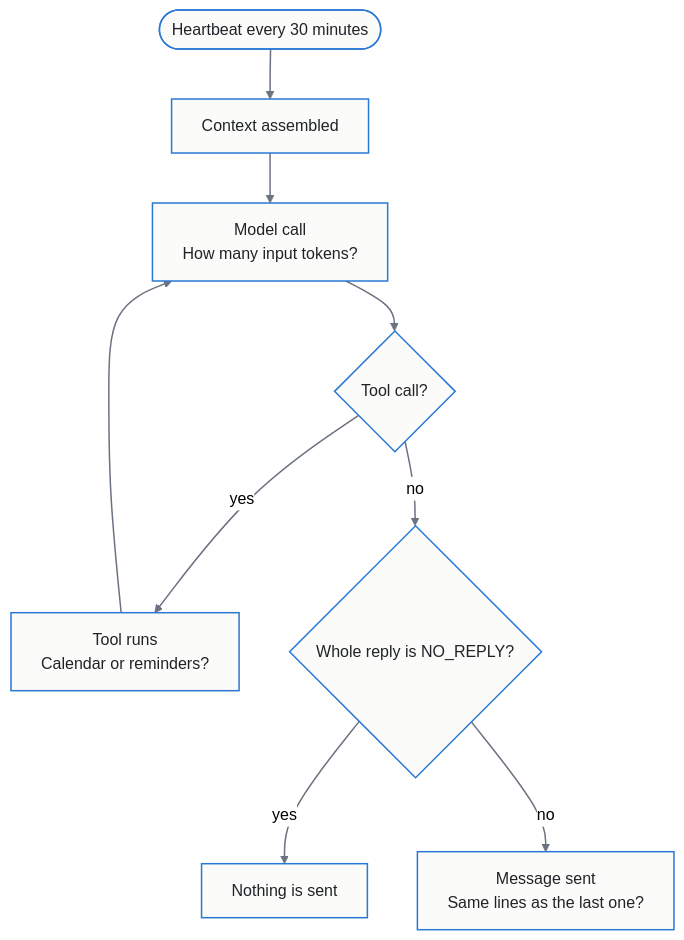
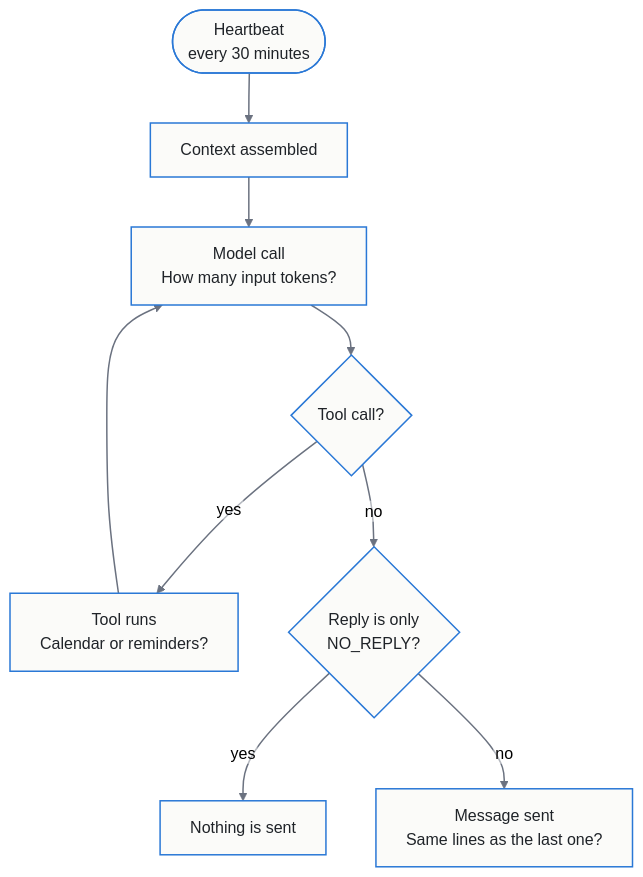
The third of 3 diagrams in README.md (tildahh/openclaw-analysis), drawn with Mermaid (neutral theme) before and after one commit. The commit also changed other lines of this file and 1 other file, not shown here.

First line of the commit message:
Break up dense sections and fix clipped diagram labels

````diff
--- a/README.md
+++ b/README.md
@@ -261,13 +263,14 @@
 ```mermaid
+%%{init: {"flowchart": {"htmlLabels": false}} }%%
 flowchart TD
-    T(["Heartbeat every 30 minutes"]) --> C["Context assembled"]
+    T(["Heartbeat<br/>every 30 minutes"]) --> C["Context assembled"]
     C --> M["Model call<br/>How many input tokens?"]
     M --> Q{"Tool call?"}
     Q -- yes --> TL["Tool runs<br/>Calendar or reminders?"]
     TL --> M
-    Q -- no --> R{"Whole reply is NO_REPLY?"}
+    Q -- no --> R{"Reply is only<br/>NO_REPLY?"}
     R -- yes --> S["Nothing is sent"]
     R -- no --> D["Message sent<br/>Same lines as the last one?"]
     classDef default fill:#FBFBF9,stroke:#2A78D6,stroke-width:1.5px,color:#1F2328
     linkStyle default stroke:#6B7280,stroke-width:1.5px
 ```
````
